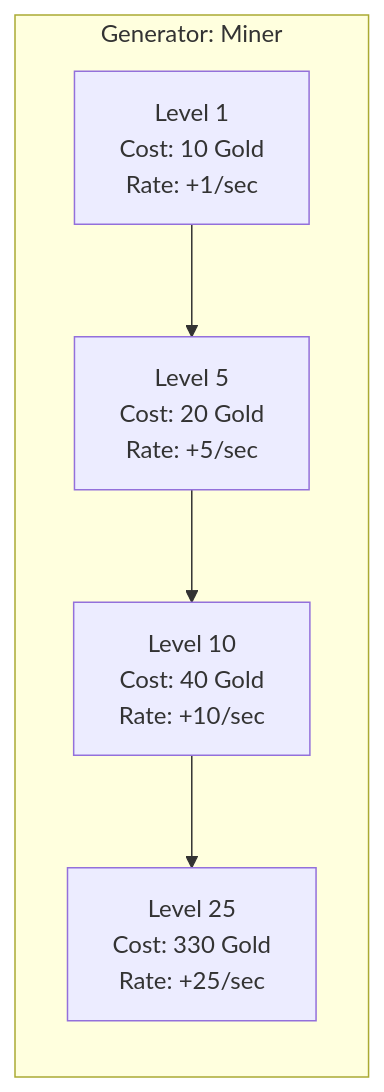
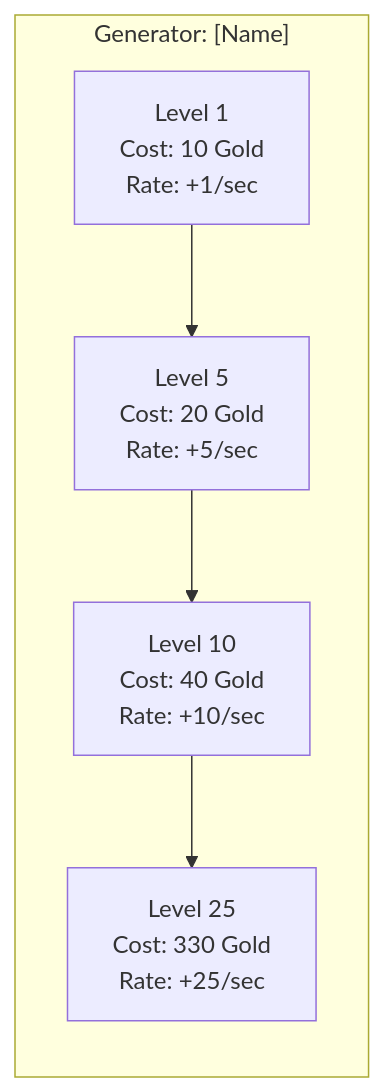
One commit to J-Gierend/gamePocGen changed the fifth of 5 diagrams in prompts/phase2-gdd/currencies.md. Above: the diagram before and after it, drawn with Mermaid. The commit also changed other lines of this file and 9 other files, not shown here.

````diff
--- a/prompts/phase2-gdd/currencies.md
+++ b/prompts/phase2-gdd/currencies.md
@@ -137,10 +144,10 @@
 ```mermaid
 graph LR
-    subgraph "Generator: Miner"
+    subgraph "Generator: [Name]"
         M1["Level 1\nCost: 10 Gold\nRate: +1/sec"]
         M2["Level 5\nCost: 20 Gold\nRate: +5/sec"]
         M3["Level 10\nCost: 40 Gold\nRate: +10/sec"]
         M4["Level 25\nCost: 330 Gold\nRate: +25/sec"]
         M1 --> M2 --> M3 --> M4
     end
 ```
````
